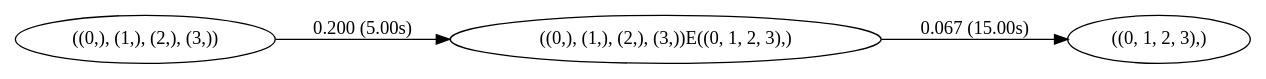
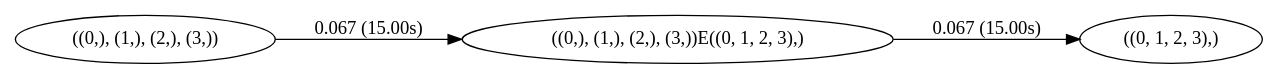
The diagram in result80.gv (scj7t4/NetEmu), drawn with Graphviz before and after one commit. The commit also changed 42 other files, not shown here.

```diff
--- a/result80.gv
+++ b/result80.gv
@@ -1,5 +1,5 @@
 digraph markov_chain { 
 rankdir=LR;
-"((0,), (1,), (2,), (3,))" -> "((0,), (1,), (2,), (3,))E((0, 1, 2, 3),)" [ label = "0.200 (5.00s)" ]; 
+"((0,), (1,), (2,), (3,))" -> "((0,), (1,), (2,), (3,))E((0, 1, 2, 3),)" [ label = "0.067 (15.00s)" ]; 
 "((0,), (1,), (2,), (3,))E((0, 1, 2, 3),)" -> "((0, 1, 2, 3),)" [label = "0.067 (15.00s)" ]; 
 }
```
